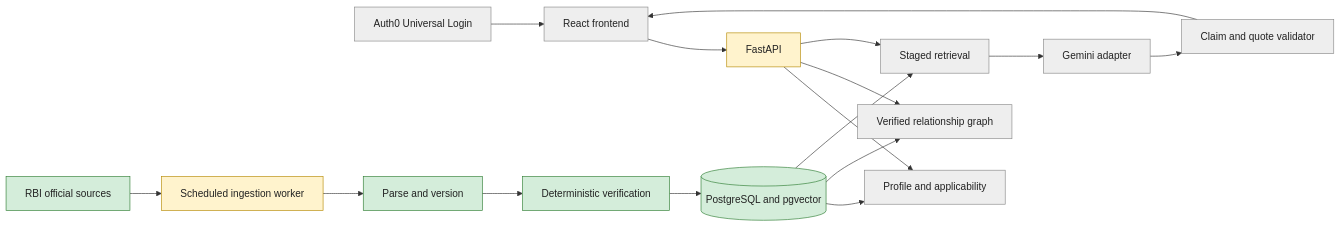
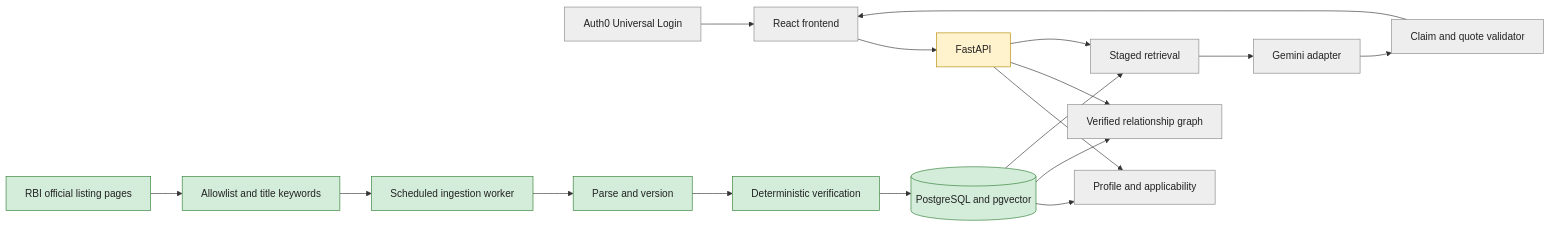
The first of 6 diagrams in flow.md (arnav7897/RAAY), drawn with Mermaid before and after one commit. The commit also changed other lines of this file and 12 other files, not shown here.

````diff
--- a/flow.md
+++ b/flow.md
@@ -13,26 +13,27 @@
 ```mermaid
 flowchart LR
   AU[Auth0 Universal Login] --> FE[React frontend]
   FE --> API[FastAPI]
   API --> USR[Profile and applicability]
   API --> GRA[Verified relationship graph]
   API --> RET[Staged retrieval]
   RET --> GEM[Gemini adapter]
   GEM --> VAL[Claim and quote validator]
   VAL --> FE
 
-  RBI[RBI official sources] --> WRK[Scheduled ingestion worker]
+  RBI[RBI official listing pages] --> DSC[Allowlist and title keywords]
+  DSC --> WRK[Scheduled ingestion worker]
   WRK --> PAR[Parse and version]
   PAR --> VER[Deterministic verification]
   VER --> KB[(PostgreSQL and pgvector)]
   KB --> USR
   KB --> GRA
   KB --> RET
 
   classDef planned fill:#eeeeee,stroke:#888,color:#222;
   classDef wip fill:#fff3cd,stroke:#b58900,color:#222;
   classDef done fill:#d4edda,stroke:#2e7d32,color:#222;
   class AU,FE,USR,GRA,RET,GEM,VAL planned;
-  class API,WRK wip;
-  class RBI,PAR,VER,KB done;
+  class API wip;
+  class RBI,DSC,WRK,PAR,VER,KB done;
 ```
````
